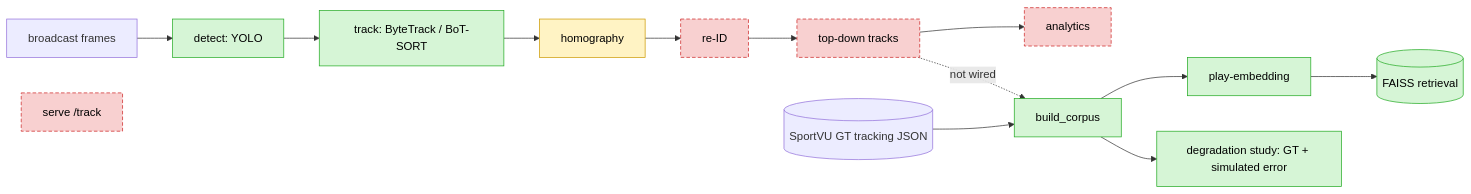
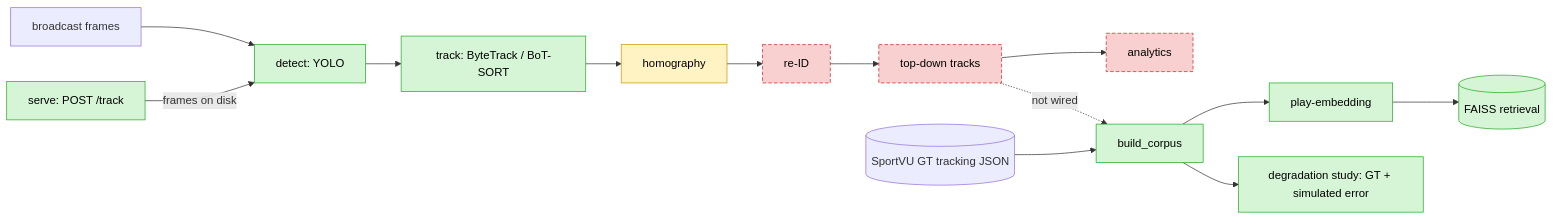
The diagram in README.md (skandula9273/nba-broadcast-tracking), drawn with Mermaid before and after one commit. The commit also changed other lines of this file and 3 other files, not shown here.

````diff
--- a/README.md
+++ b/README.md
@@ -72,17 +74,17 @@
 ```mermaid
 flowchart LR
     V[broadcast frames] --> DET[detect: YOLO] --> TRK[track: ByteTrack / BoT-SORT]
     TRK --> HOM[homography] --> RID[re-ID] --> DOTS[top-down tracks]
     DOTS --> ANA[analytics]
     SV[(SportVU GT tracking JSON)] --> CORP[build_corpus] --> ENC[play-embedding] --> IDX[(FAISS retrieval)]
     CORP --> STUDY[degradation study: GT + simulated error]
     DOTS -. not wired .-> CORP
-    SRV[serve /track]
+    SRV[serve: POST /track] -->|frames on disk| DET
 
-    class DET,TRK,CORP,ENC,IDX,STUDY run
+    class DET,TRK,CORP,ENC,IDX,STUDY,SRV run
     class HOM partial
-    class RID,ANA,DOTS,SRV stub
+    class RID,ANA,DOTS stub
     classDef run fill:#d6f5d6,stroke:#2a2,color:#000
     classDef partial fill:#fff3c4,stroke:#c90,color:#000
     classDef stub fill:#f8d0d0,stroke:#c22,color:#000,stroke-dasharray:5 3
 ```
````
